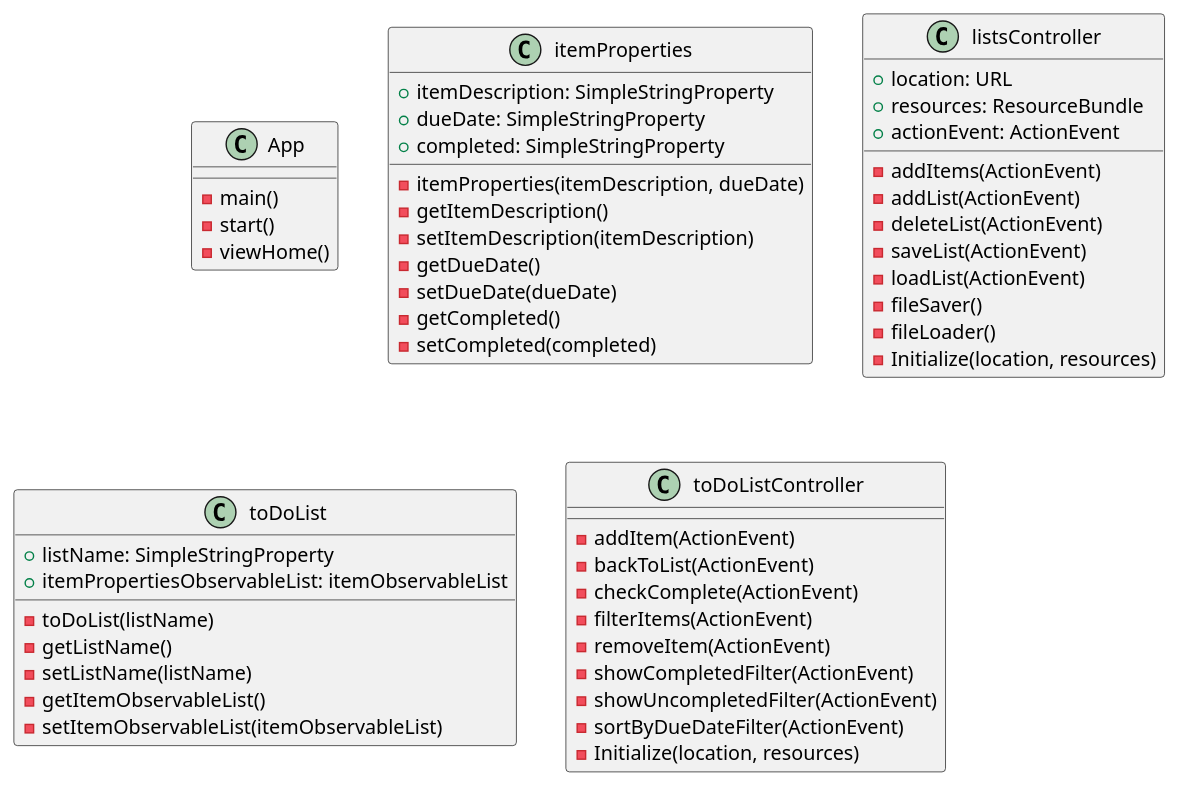
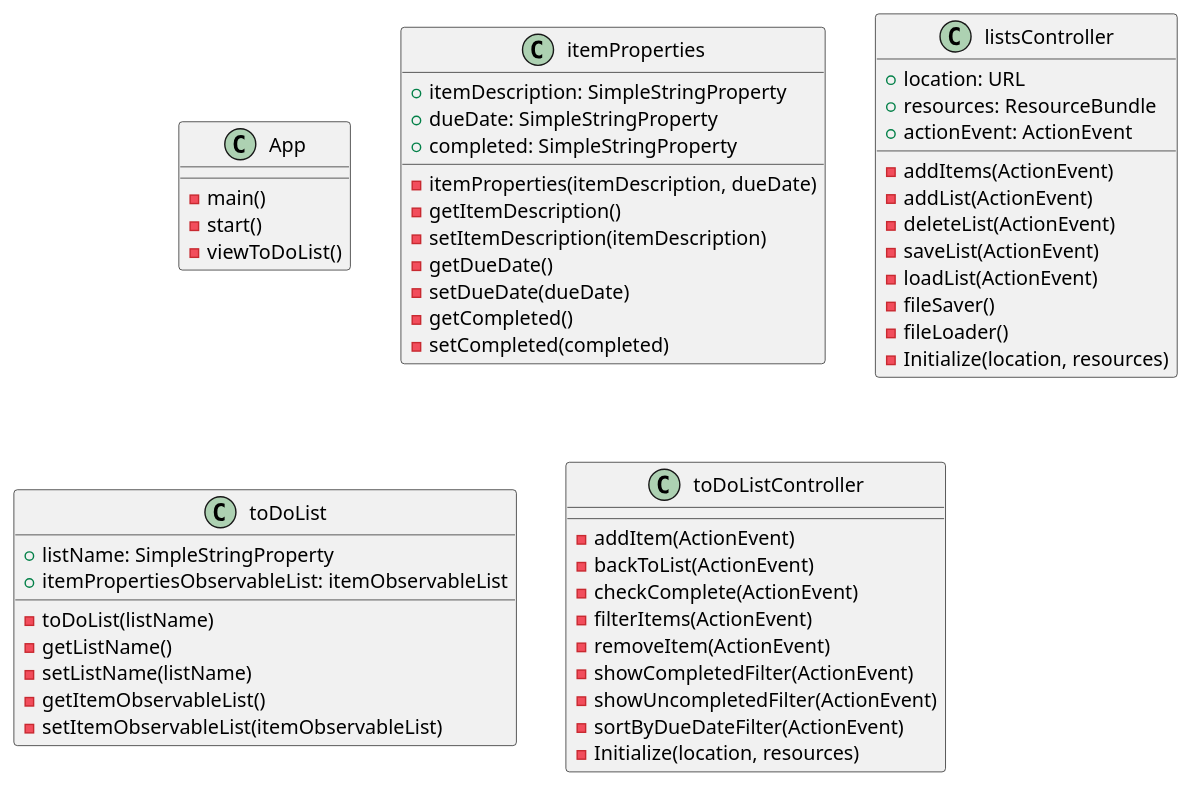
The diagram in uml/assignment4.puml (e4s70f3d3n/gui-based-task-manager), drawn with PlantUML before and after one commit. The commit also changed 3 other files, not shown here.

```diff
--- a/uml/assignment4.puml
+++ b/uml/assignment4.puml
@@ -1,63 +1,63 @@
 @startuml
 'https://plantuml.com/class-diagram
 
 Class App {
 - main()
 - start()
-- viewHome()
+- viewToDoList()
 }
 
 class itemProperties {
     + itemDescription: SimpleStringProperty
     + dueDate: SimpleStringProperty
     + completed: SimpleStringProperty
 
     - itemProperties(itemDescription, dueDate)
     - getItemDescription()
     - setItemDescription(itemDescription)
     - getDueDate()
     - setDueDate(dueDate)
     - getCompleted()
     - setCompleted(completed)
 }
 
 class listsController {
 + location: URL
 + resources: ResourceBundle
 + actionEvent: ActionEvent
 
 - addItems(ActionEvent)
 - addList(ActionEvent)
 - deleteList(ActionEvent)
 - saveList(ActionEvent)
 - loadList(ActionEvent)
 - fileSaver()
 - fileLoader()
 - Initialize(location, resources)
 }
 
 class toDoList {
     + listName: SimpleStringProperty
     + itemPropertiesObservableList: itemObservableList
 
     - toDoList(listName)
     - getListName()
     - setListName(listName)
     - getItemObservableList()
     - setItemObservableList(itemObservableList)
 }
 
 class toDoListController {
     - addItem(ActionEvent)
     - backToList(ActionEvent)
     - checkComplete(ActionEvent)
     - filterItems(ActionEvent)
     - removeItem(ActionEvent)
     - showCompletedFilter(ActionEvent)
     - showUncompletedFilter(ActionEvent)
     - sortByDueDateFilter(ActionEvent)
     - Initialize(location, resources)
 }
 
 
 @enduml
```
